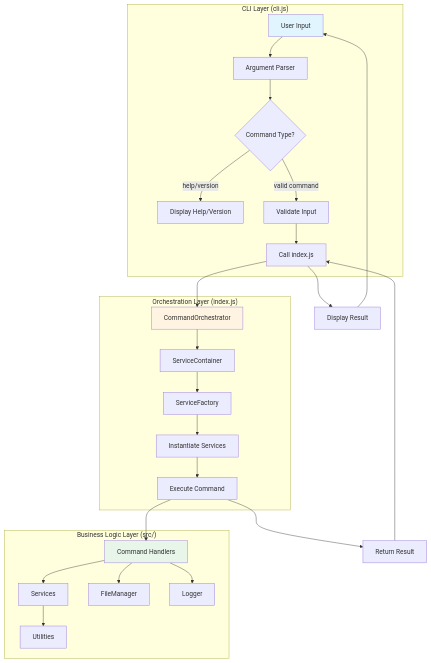
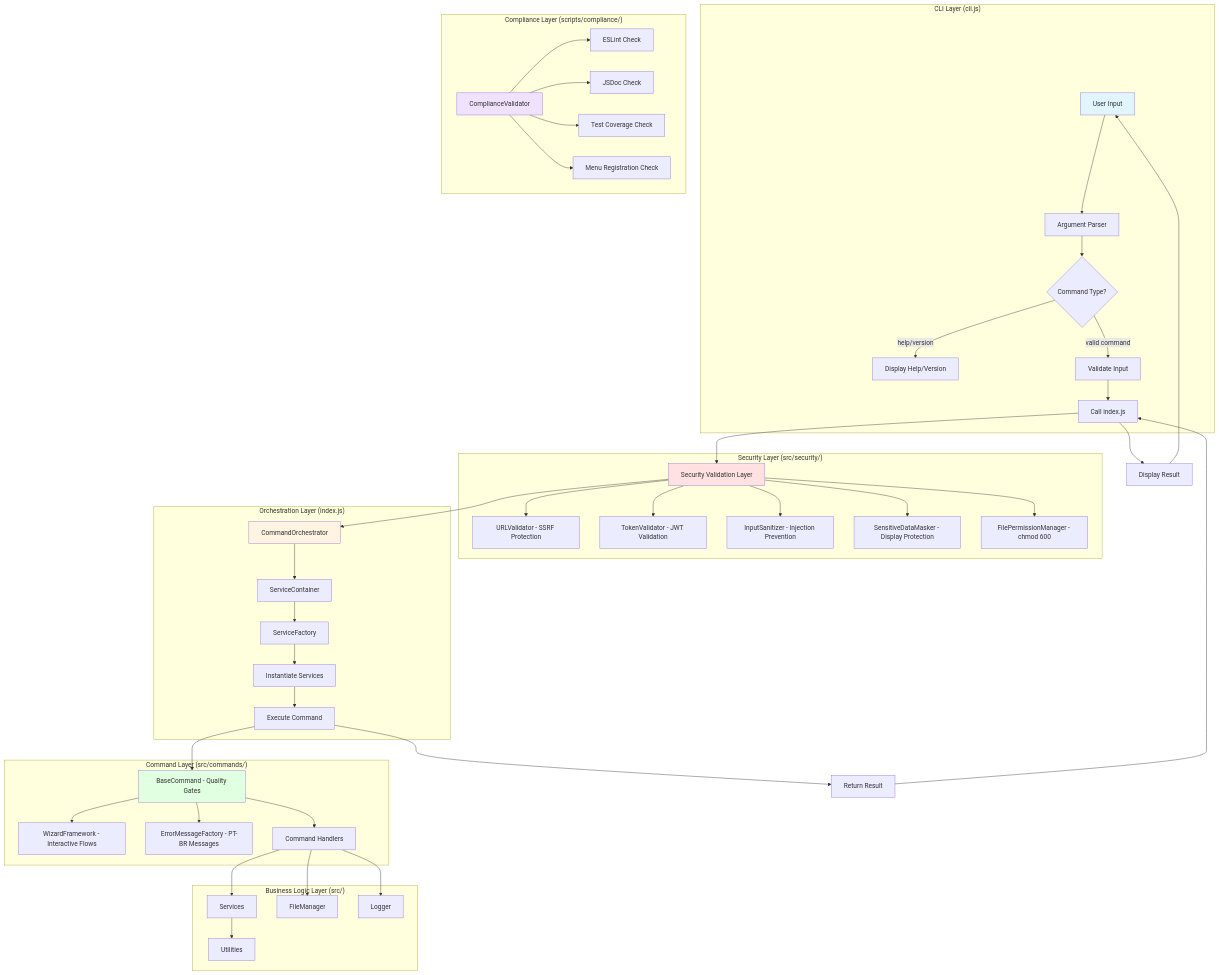
The first of 7 diagrams in .claude/specs/cli-architecture-refactor/design.md (Bitfy-AI/docs-jana), drawn with Mermaid before and after one commit. The commit also changed other lines of this file and 66 other files, not shown here.

````diff
--- a/.claude/specs/cli-architecture-refactor/design.md
+++ b/.claude/specs/cli-architecture-refactor/design.md
@@ -38,35 +46,59 @@
 ```mermaid
 graph TB
     subgraph "CLI Layer (cli.js)"
         A[User Input] --> B[Argument Parser]
         B --> C{Command Type?}
         C -->|help/version| D[Display Help/Version]
         C -->|valid command| E[Validate Input]
         E --> F[Call index.js]
     end
 
+    subgraph "Security Layer (src/security/)"
+        F --> SEC[Security Validation Layer]
+        SEC --> SEC1[URLValidator - SSRF Protection]
+        SEC --> SEC2[TokenValidator - JWT Validation]
+        SEC --> SEC3[InputSanitizer - Injection Prevention]
+        SEC --> SEC4[SensitiveDataMasker - Display Protection]
+        SEC --> SEC5[FilePermissionManager - chmod 600]
+    end
+
     subgraph "Orchestration Layer (index.js)"
-        F --> G[CommandOrchestrator]
+        SEC --> G[CommandOrchestrator]
         G --> H[ServiceContainer]
         H --> I[ServiceFactory]
         I --> J[Instantiate Services]
         J --> K[Execute Command]
     end
 
+    subgraph "Command Layer (src/commands/)"
+        K --> BASE[BaseCommand - Quality Gates]
+        BASE --> WIZ[WizardFramework - Interactive Flows]
+        BASE --> ERR[ErrorMessageFactory - PT-BR Messages]
+        BASE --> CMD[Command Handlers]
+    end
+
     subgraph "Business Logic Layer (src/)"
-        K --> L[Command Handlers]
-        L --> M[Services]
+        CMD --> M[Services]
         M --> N[Utilities]
-        L --> O[FileManager]
-        L --> P[Logger]
+        CMD --> O[FileManager]
+        CMD --> P[Logger]
+    end
+
+    subgraph "Compliance Layer (scripts/compliance/)"
+        COMP[ComplianceValidator] --> COMP1[ESLint Check]
+        COMP[ComplianceValidator] --> COMP2[JSDoc Check]
+        COMP[ComplianceValidator] --> COMP3[Test Coverage Check]
+        COMP[ComplianceValidator] --> COMP4[Menu Registration Check]
     end
 
     K --> Q[Return Result]
     Q --> F
     F --> R[Display Result]
     R --> A
 
     style A fill:#e1f5ff
+    style SEC fill:#ffe1e1
     style G fill:#fff4e1
-    style L fill:#e8f5e9
+    style BASE fill:#e1ffe1
+    style COMP fill:#f0e1ff
 ```
````
